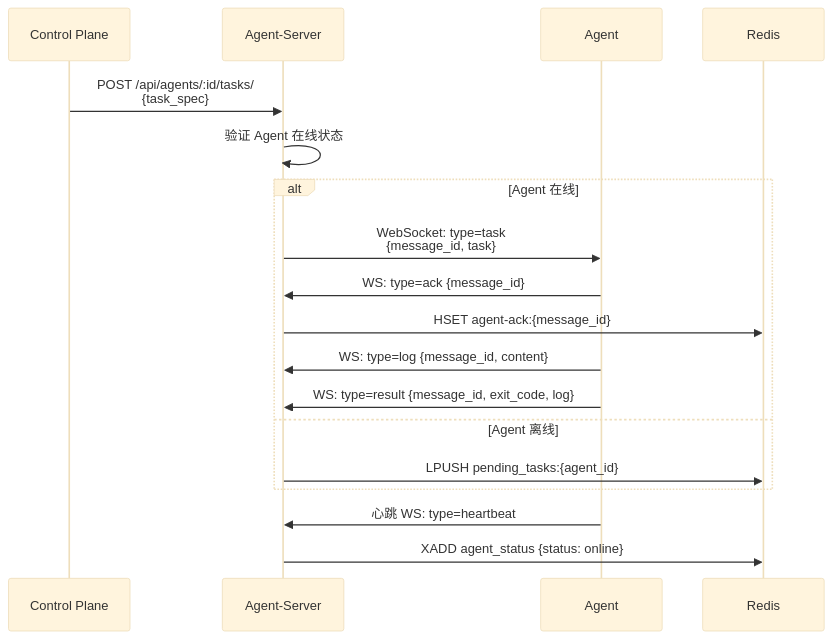
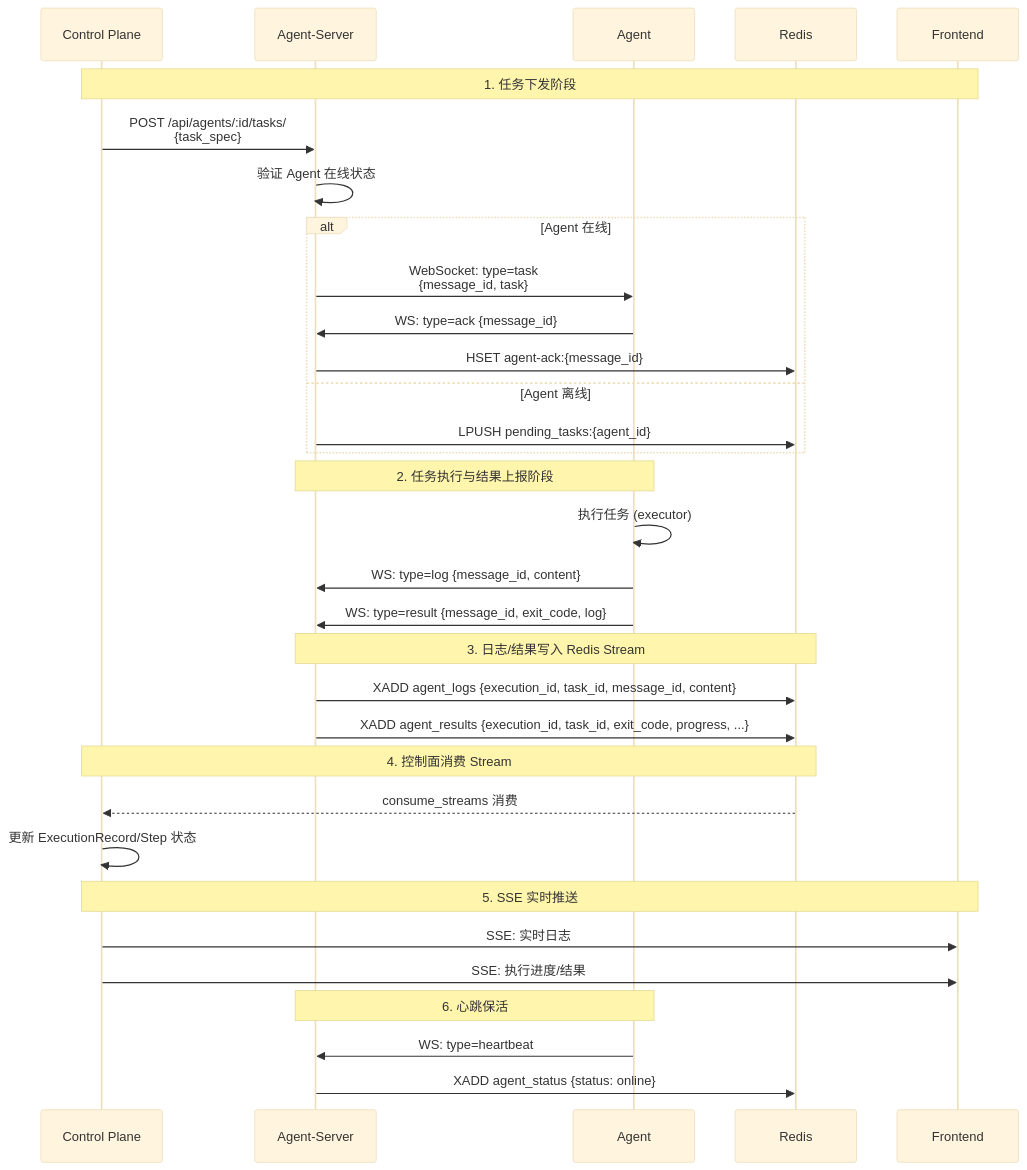
One commit to yhkkkkk/ops-jobs changed the third of 4 diagrams in README.md. Above: the diagram before and after it, drawn with Mermaid (base theme).

Commit message:
feat: 修复遗留问题并优化agent架构

````diff
--- a/README.md
+++ b/README.md
@@ -863,23 +863,41 @@
 ```mermaid
 sequenceDiagram
     participant CP as Control Plane
     participant AS as Agent-Server
     participant A as Agent
     participant R as Redis
+    participant FE as Frontend
 
+    Note over CP,FE: 1. 任务下发阶段
     CP->>AS: POST /api/agents/:id/tasks/<br/>{task_spec}
     AS->>AS: 验证 Agent 在线状态
 
     alt Agent 在线
         AS->>A: WebSocket: type=task<br/>{message_id, task}
         A->>AS: WS: type=ack {message_id}
         AS->>R: HSET agent-ack:{message_id}
-        A->>AS: WS: type=log {message_id, content}
-        A->>AS: WS: type=result {message_id, exit_code, log}
     else Agent 离线
         AS->>R: LPUSH pending_tasks:{agent_id}
     end
 
-    A->>AS: 心跳 WS: type=heartbeat
+    Note over A,AS: 2. 任务执行与结果上报阶段
+    A->>A: 执行任务 (executor)
+    A->>AS: WS: type=log {message_id, content}
+    A->>AS: WS: type=result {message_id, exit_code, log}
+
+    Note over AS,R: 3. 日志/结果写入 Redis Stream
+    AS->>R: XADD agent_logs {execution_id, task_id, message_id, content}
+    AS->>R: XADD agent_results {execution_id, task_id, exit_code, progress, ...}
+
+    Note over CP,R: 4. 控制面消费 Stream
+    R-->>CP: consume_streams 消费
+    CP->>CP: 更新 ExecutionRecord/Step 状态
+
+    Note over CP,FE: 5. SSE 实时推送
+    CP->>FE: SSE: 实时日志
+    CP->>FE: SSE: 执行进度/结果
+
+    Note over A,AS: 6. 心跳保活
+    A->>AS: WS: type=heartbeat
     AS->>R: XADD agent_status {status: online}
 ```
````
